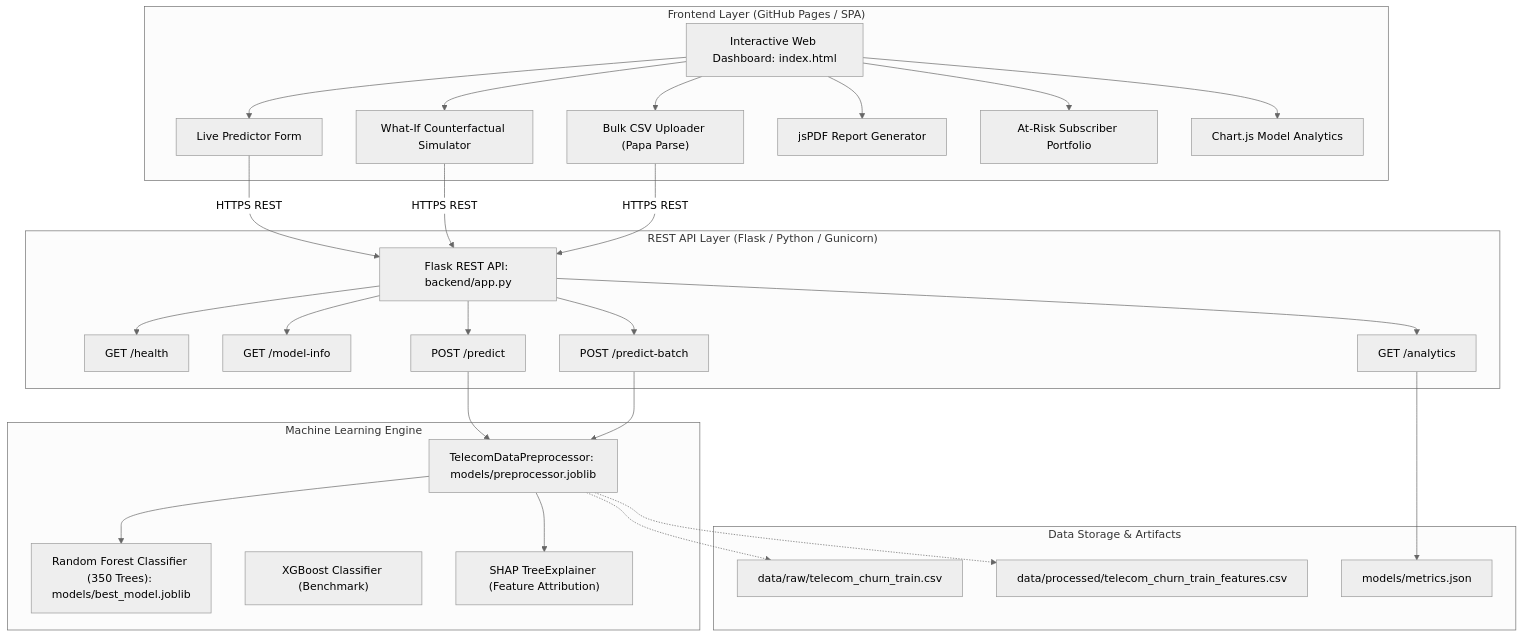
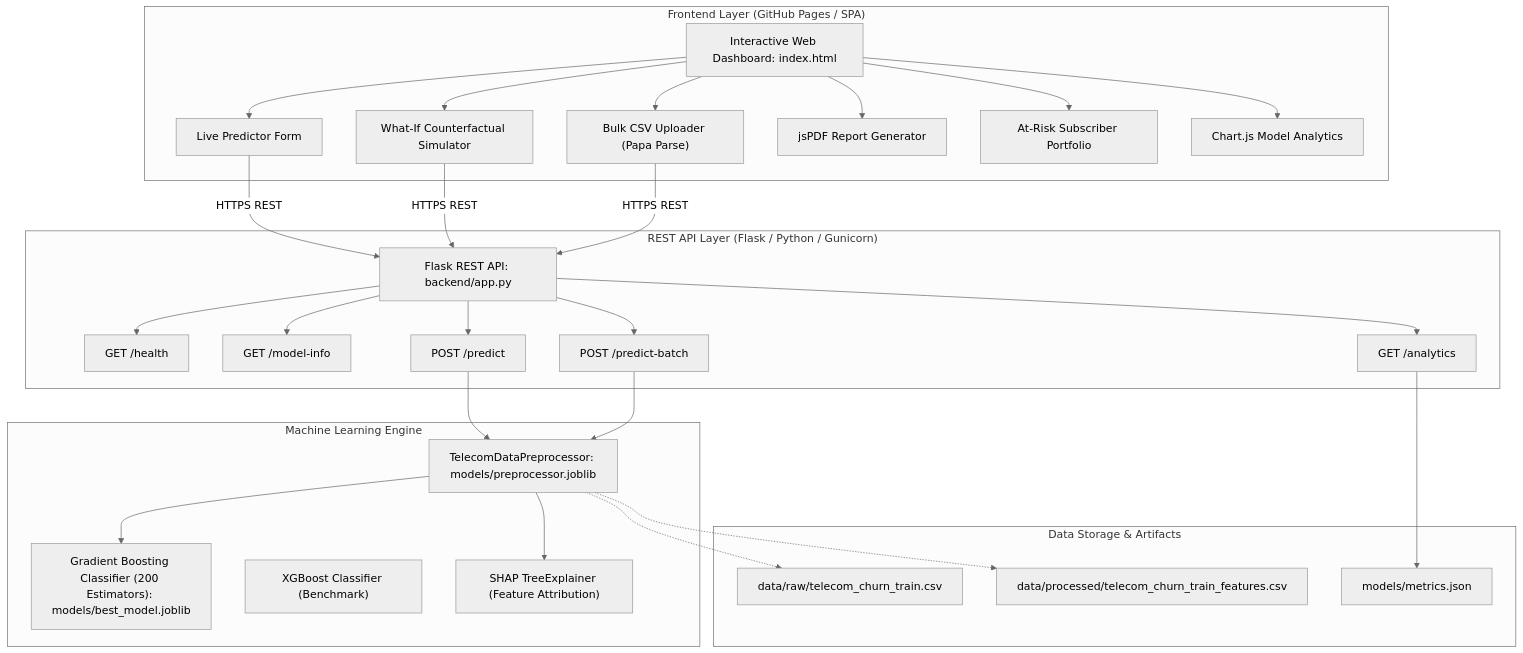
The diagram in README.md (UMARMUKTHAR03/customer-churn-prediction), drawn with Mermaid (neutral theme) before and after one commit. The commit also changed other lines of this file and 6 other files, not shown here.

````diff
--- a/README.md
+++ b/README.md
@@ -100,41 +100,41 @@
 ```mermaid
 graph TD
     subgraph "Frontend Layer (GitHub Pages / SPA)"
         UI["Interactive Web Dashboard: index.html"]
         LP["Live Predictor Form"]
         WI["What-If Counterfactual Simulator"]
         BP["Bulk CSV Uploader (Papa Parse)"]
         PDF["jsPDF Report Generator"]
         AP["At-Risk Subscriber Portfolio"]
         AN["Chart.js Model Analytics"]
     end
 
     subgraph "REST API Layer (Flask / Python / Gunicorn)"
         API["Flask REST API: backend/app.py"]
         H_EP["GET /health"]
         M_EP["GET /model-info"]
         A_EP["GET /analytics"]
         P_EP["POST /predict"]
         PB_EP["POST /predict-batch"]
     end
 
     subgraph "Machine Learning Engine"
         PREP["TelecomDataPreprocessor: models/preprocessor.joblib"]
-        RF["Random Forest Classifier (350 Trees): models/best_model.joblib"]
+        GB["Gradient Boosting Classifier (200 Estimators): models/best_model.joblib"]
         XGB["XGBoost Classifier (Benchmark)"]
         SHAP["SHAP TreeExplainer (Feature Attribution)"]
     end
 
     subgraph "Data Storage & Artifacts"
         RAW["data/raw/telecom_churn_train.csv"]
         PROC["data/processed/telecom_churn_train_features.csv"]
         METRICS["models/metrics.json"]
     end
 
     UI --> LP & WI & BP & PDF & AP & AN
     LP & WI & BP -->|HTTPS REST| API
     API --> H_EP & M_EP & A_EP & P_EP & PB_EP
-    P_EP & PB_EP --> PREP --> RF & SHAP
+    P_EP & PB_EP --> PREP --> GB & SHAP
     A_EP --> METRICS
     PREP -.-> RAW & PROC
 ```
````
